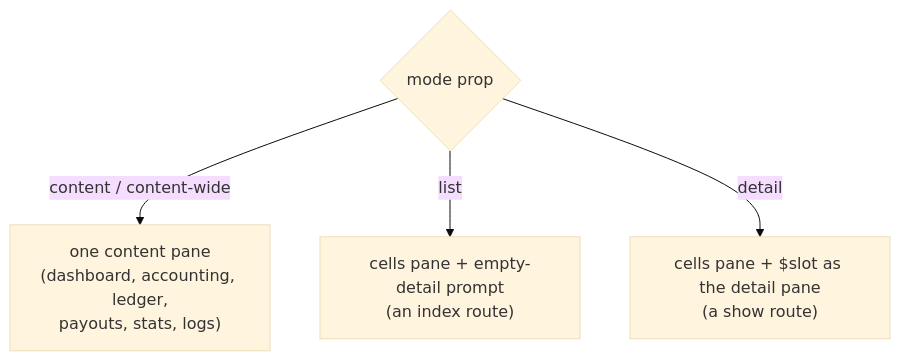
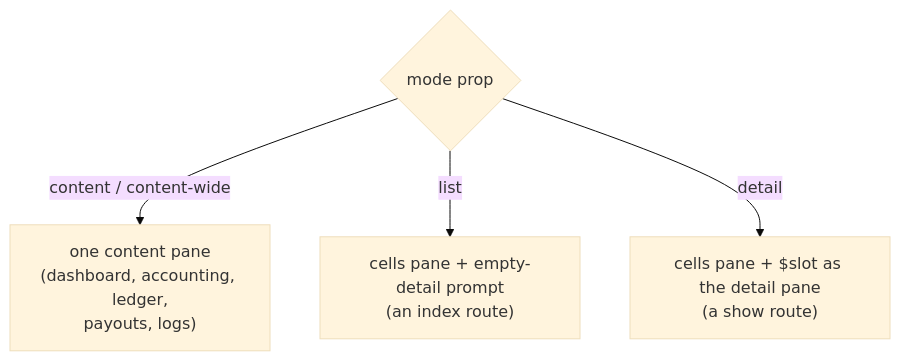
The eighth of 8 diagrams in prototype/php/docs/admin.md (jonathan-beebe/art-store), drawn with Mermaid (base theme) before and after one commit. The commit also changed other lines of this file and 28 other files, not shown here.

````diff
--- a/prototype/php/docs/admin.md
+++ b/prototype/php/docs/admin.md
@@ -522,6 +522,6 @@
 ```mermaid
 flowchart TD
-    mode{"mode prop"} -->|content / content-wide| single["one content pane<br/>(dashboard, accounting, ledger,<br/>payouts, stats, logs)"]
+    mode{"mode prop"} -->|content / content-wide| single["one content pane<br/>(dashboard, accounting, ledger,<br/>payouts, logs)"]
     mode -->|list| indexPane["cells pane + empty-detail prompt<br/>(an index route)"]
     mode -->|detail| detailPane["cells pane + $slot as the detail pane<br/>(a show route)"]
 ```
````
